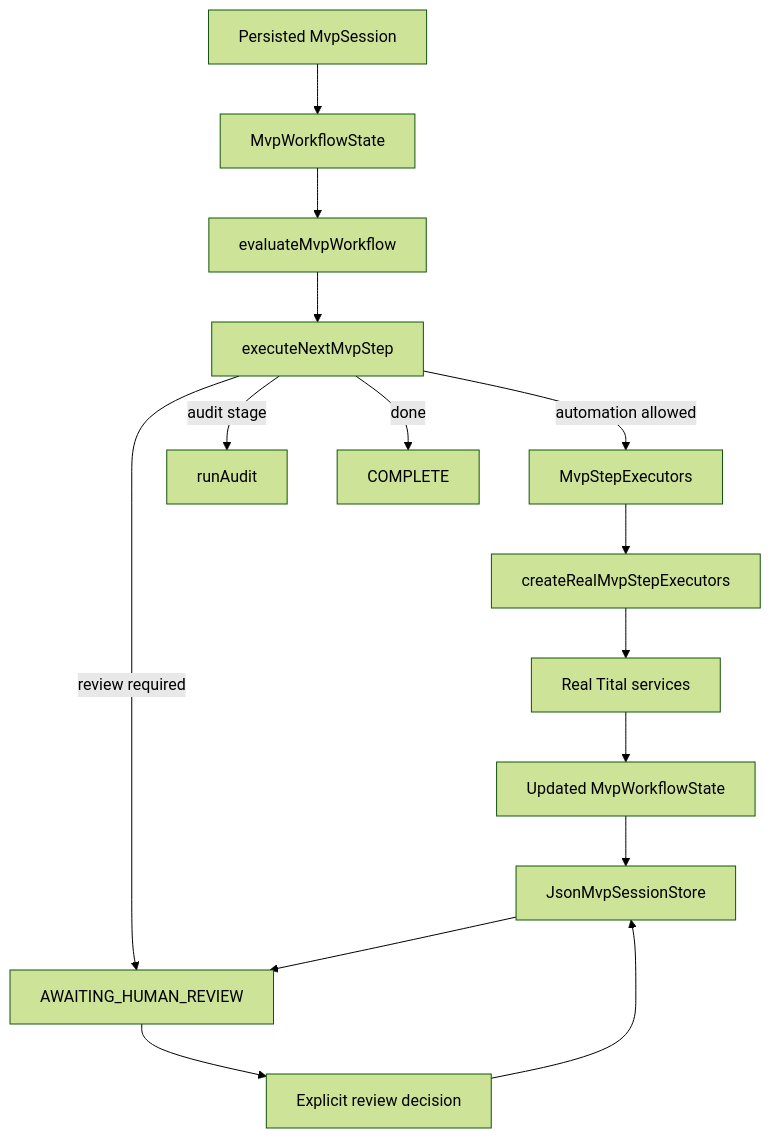
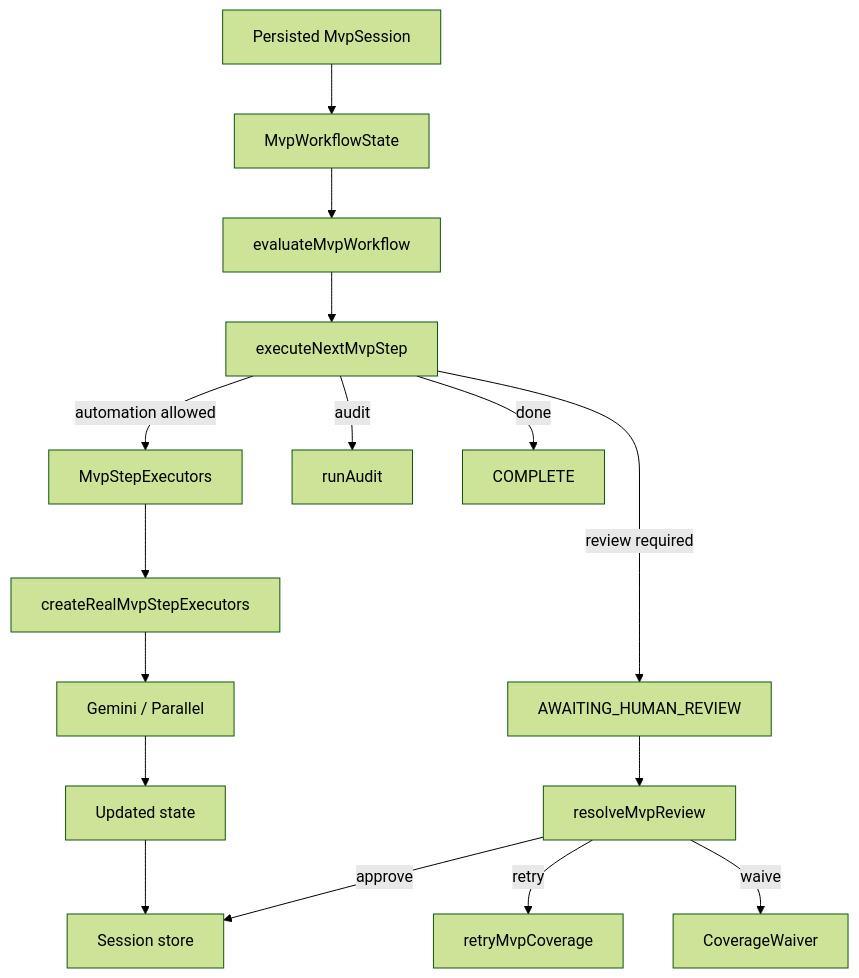
Before and after one commit to amin076/tital: the diagram in docs/execution/orchestration.md, drawn with Mermaid (forest theme). The commit also changed other lines of this file, not shown here.

Commit message:
docs: refresh orchestration for explicit recovery and bounded concurrency

````diff
--- a/docs/execution/orchestration.md
+++ b/docs/execution/orchestration.md
@@ -21,17 +20,18 @@
 ```mermaid
 graph TD
     PS[Persisted MvpSession] --> S[MvpWorkflowState]
     S --> E[evaluateMvpWorkflow]
     E --> C[executeNextMvpStep]
     C -->|automation allowed| X[MvpStepExecutors]
     C -->|review required| H[AWAITING_HUMAN_REVIEW]
-    C -->|audit stage| A[runAudit]
+    C -->|audit| A[runAudit]
     C -->|done| Z[COMPLETE]
     X --> R[createRealMvpStepExecutors]
-    R --> RS[Real Tital services]
-    RS --> NS[Updated MvpWorkflowState]
-    NS --> SAVE[JsonMvpSessionStore]
-    SAVE --> H
-    H --> HR[Explicit review decision]
-    HR --> SAVE
+    R --> EXT[Gemini / Parallel]
+    EXT --> NS[Updated state]
+    NS --> SAVE[Session store]
+    H --> HR[resolveMvpReview]
+    HR -->|approve| SAVE
+    HR -->|retry| RT[retryMvpCoverage]
+    HR -->|waive| W[CoverageWaiver]
 ```
````
